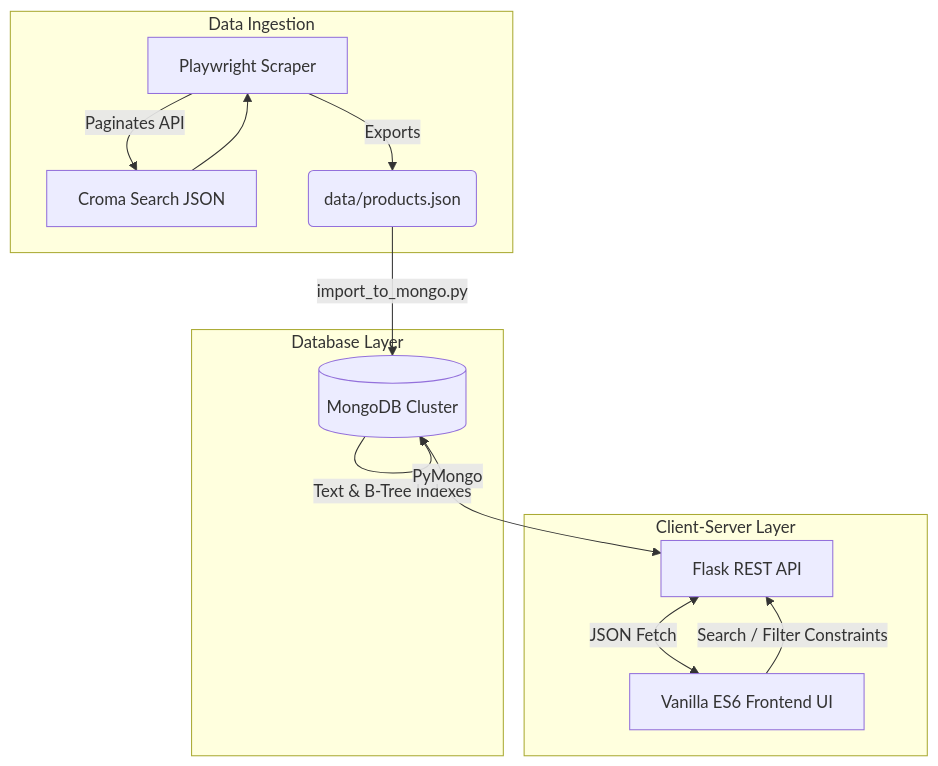
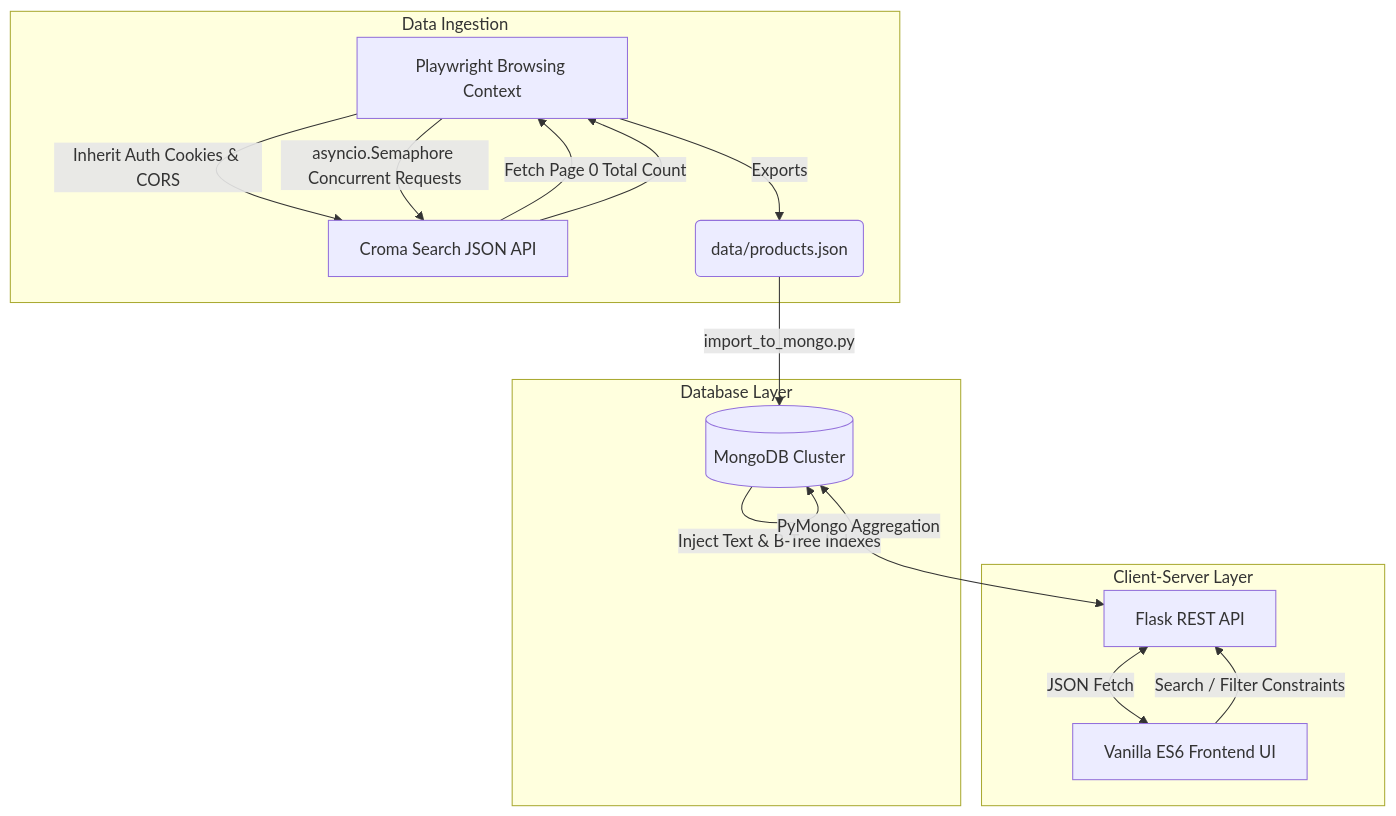
One commit to Pawan22104168/Croma-Website-LED-TV-Data-Scraping-and-UI-Development changed the diagram in README.md. Above: the diagram before and after it, drawn with Mermaid. The commit also changed other lines of this file and 3 other files, not shown here.

````diff
--- a/README.md
+++ b/README.md
@@ -34,19 +26,21 @@
 ```mermaid
 graph TD
     subgraph Data Ingestion
-        A[Playwright Scraper] -->|Paginates API| B[Croma Search JSON]
+        A[Playwright Browsing Context] -->|Inherit Auth Cookies & CORS| B[Croma Search JSON API]
+        B -->|Fetch Page 0 Total Count| A
+        A -->|asyncio.Semaphore Concurrent Requests| B
         B --> A
         A -->|Exports| C(data/products.json)
     end
     
     subgraph Database Layer
         C -->|import_to_mongo.py| D[(MongoDB Cluster)]
-        D -->|Text & B-Tree Indexes| D
+        D -->|Inject Text & B-Tree Indexes| D
     end
     
     subgraph Client-Server Layer
-        D <-->|PyMongo| E[Flask REST API]
+        D <-->|PyMongo Aggregation| E[Flask REST API]
         E <-->|JSON Fetch| F[Vanilla ES6 Frontend UI]
         F -->|Search / Filter Constraints| E
     end
 ```
````
